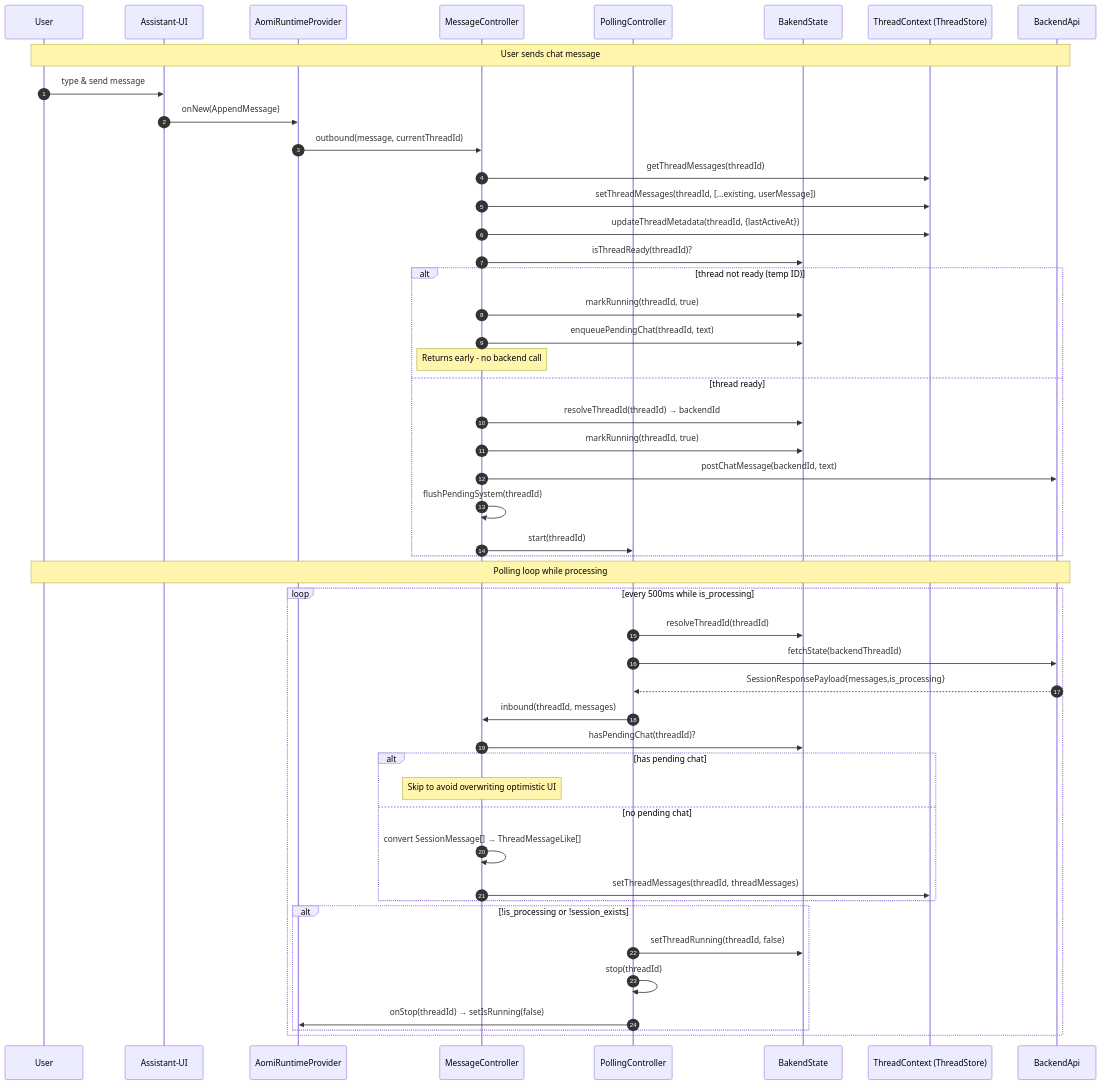
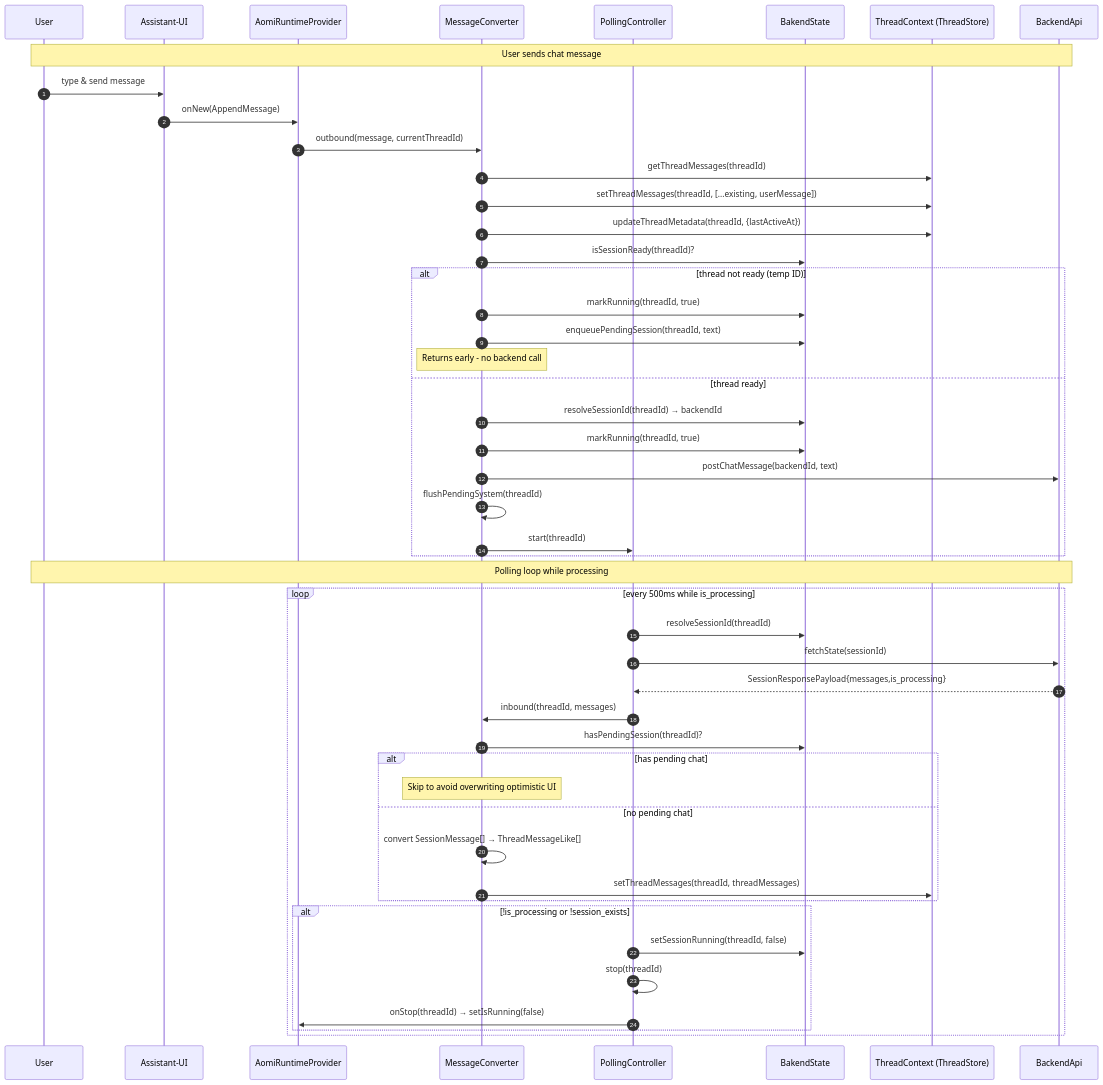
Before and after one commit to aomi-labs/aomi-widget: the second of 5 diagrams in packages/react/src/runtime/RUNTIME-DIAGRAMS.md, drawn with Mermaid. The commit also changed other lines of this file and 29 other files, not shown here.

````diff
--- a/packages/react/src/runtime/RUNTIME-DIAGRAMS.md
+++ b/packages/react/src/runtime/RUNTIME-DIAGRAMS.md
@@ -146,59 +149,59 @@
 ```mermaid
 sequenceDiagram
   autonumber
   participant U as User
   participant AU as Assistant-UI
   participant AR as AomiRuntimeProvider
-  participant MC as MessageController
+  participant MC as MessageConverter
   participant PC as PollingController
   participant BS as BakendState
   participant TC as ThreadContext (ThreadStore)
   participant API as BackendApi
 
   Note over U,API: User sends chat message
 
   U->>AU: type & send message
   AU->>AR: onNew(AppendMessage)
   AR->>MC: outbound(message, currentThreadId)
   
   MC->>TC: getThreadMessages(threadId)
   MC->>TC: setThreadMessages(threadId, [...existing, userMessage])
   MC->>TC: updateThreadMetadata(threadId, {lastActiveAt})
   
-  MC->>BS: isThreadReady(threadId)?
+  MC->>BS: isSessionReady(threadId)?
   
   alt thread not ready (temp ID)
     MC->>BS: markRunning(threadId, true)
-    MC->>BS: enqueuePendingChat(threadId, text)
+    MC->>BS: enqueuePendingSession(threadId, text)
     Note over MC: Returns early - no backend call
   else thread ready
-    MC->>BS: resolveThreadId(threadId) → backendId
+    MC->>BS: resolveSessionId(threadId) → backendId
     MC->>BS: markRunning(threadId, true)
     MC->>API: postChatMessage(backendId, text)
     MC->>MC: flushPendingSystem(threadId)
     MC->>PC: start(threadId)
   end
 
   Note over U,API: Polling loop while processing
 
   loop every 500ms while is_processing
-    PC->>BS: resolveThreadId(threadId)
-    PC->>API: fetchState(backendThreadId)
+    PC->>BS: resolveSessionId(threadId)
+    PC->>API: fetchState(sessionId)
     API-->>PC: SessionResponsePayload{messages,is_processing}
     PC->>MC: inbound(threadId, messages)
     
-    MC->>BS: hasPendingChat(threadId)?
+    MC->>BS: hasPendingSession(threadId)?
     alt has pending chat
       Note over MC: Skip to avoid overwriting optimistic UI
     else no pending chat
       MC->>MC: convert SessionMessage[] → ThreadMessageLike[]
       MC->>TC: setThreadMessages(threadId, threadMessages)
     end
     
     alt !is_processing or !session_exists
-      PC->>BS: setThreadRunning(threadId, false)
+      PC->>BS: setSessionRunning(threadId, false)
       PC->>PC: stop(threadId)
       PC->>AR: onStop(threadId) → setIsRunning(false)
     end
   end
 ```
````
